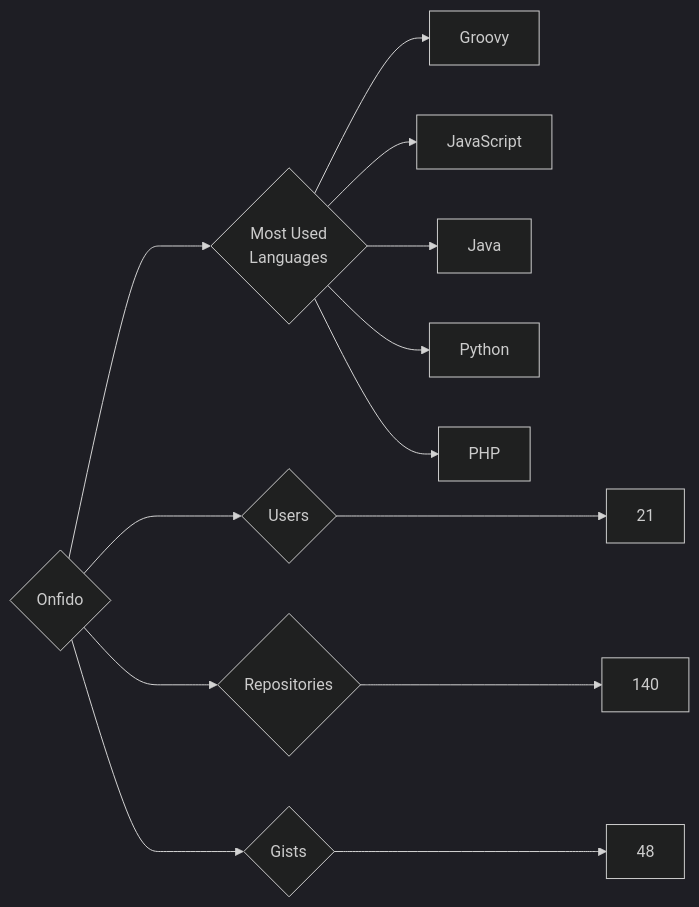
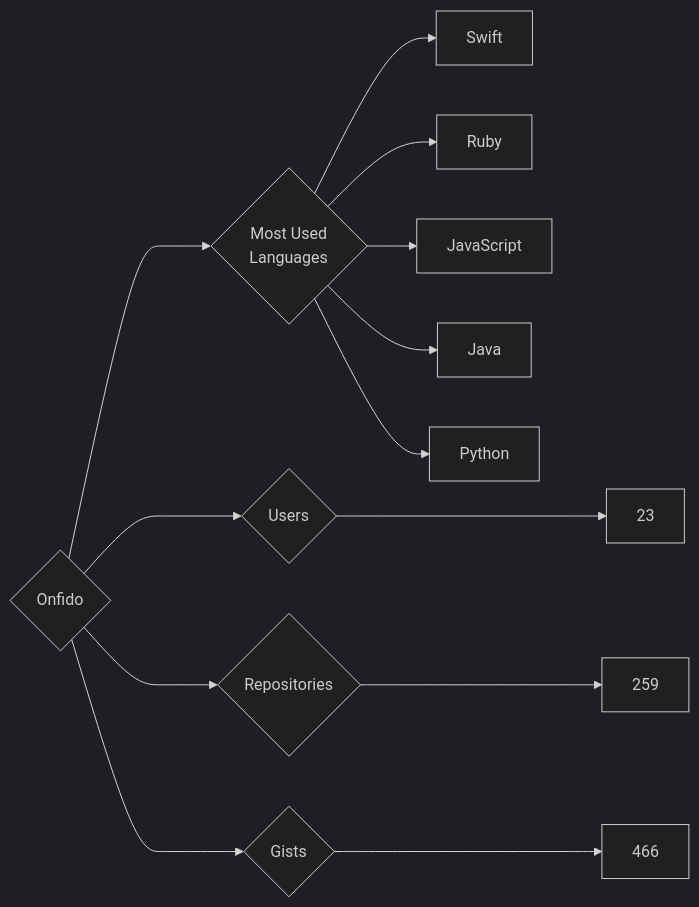
One commit to trickest/insiders changed the diagram in targets/Onfido/README.md. Above: the diagram before and after it, drawn with Mermaid (dark theme). The commit also changed 912 other files, not shown here.

````diff
--- a/targets/Onfido/README.md
+++ b/targets/Onfido/README.md
@@ -3,13 +3,13 @@
 ```mermaid
 graph LR
 COMPANY_NAME{Onfido}
-COMPANY_NAME ---> U{Users} ---> UN[21]
-COMPANY_NAME ---> R{Repositories} ---> RN[140]
-COMPANY_NAME ---> G{Gists} ---> GN[48]
+COMPANY_NAME ---> U{Users} ---> UN[23]
+COMPANY_NAME ---> R{Repositories} ---> RN[259]
+COMPANY_NAME ---> G{Gists} ---> GN[466]
 COMPANY_NAME ---> ML{Most Used<br>Languages}
-ML --> Groovy[Groovy]
+ML --> Swift[Swift]
+ML --> Ruby[Ruby]
 ML --> JavaScript[JavaScript]
 ML --> Java[Java]
 ML --> Python[Python]
-ML --> PHP[PHP]
 ```
````
